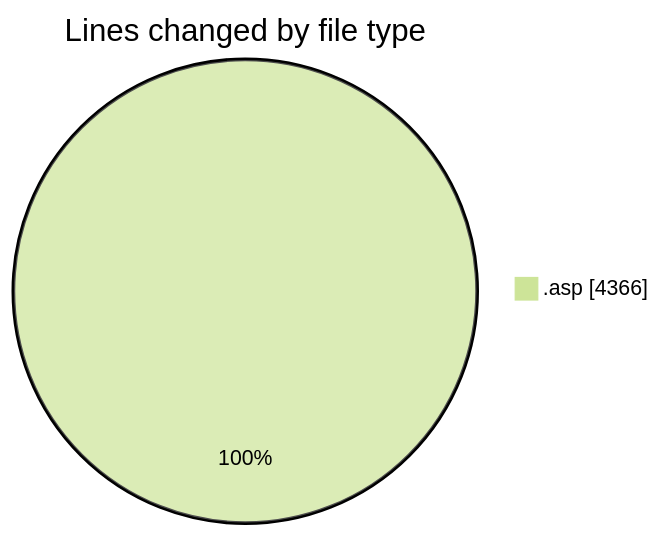
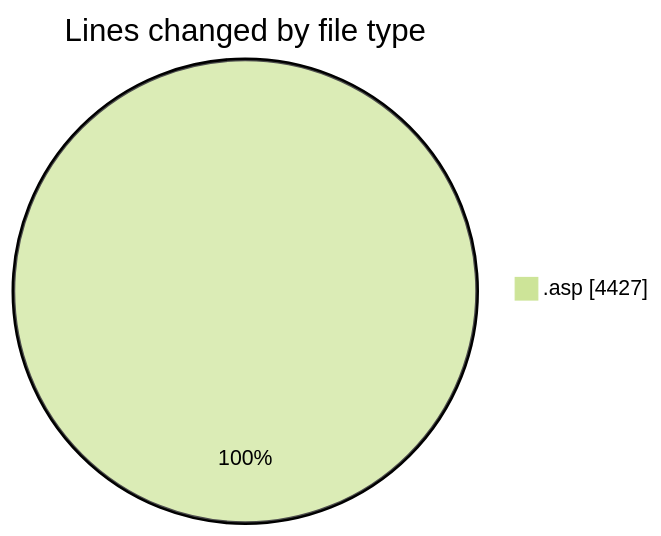
The first of 2 diagrams in 2025-10-17/cdp_aleoudev_fr__workspace_/README.md (julien-gomy/code-tracking), drawn with Mermaid (forest theme) before and after one commit. The commit also changed other lines of this file and 1 other file, not shown here.

````diff
--- a/2025-10-17/cdp_aleoudev_fr__workspace_/README.md
+++ b/2025-10-17/cdp_aleoudev_fr__workspace_/README.md
@@ -22,5 +24,5 @@
 ```mermaid
 pie showData
 title Lines changed by file type
-".asp" : 4366
+".asp" : 4427
 ```
````
